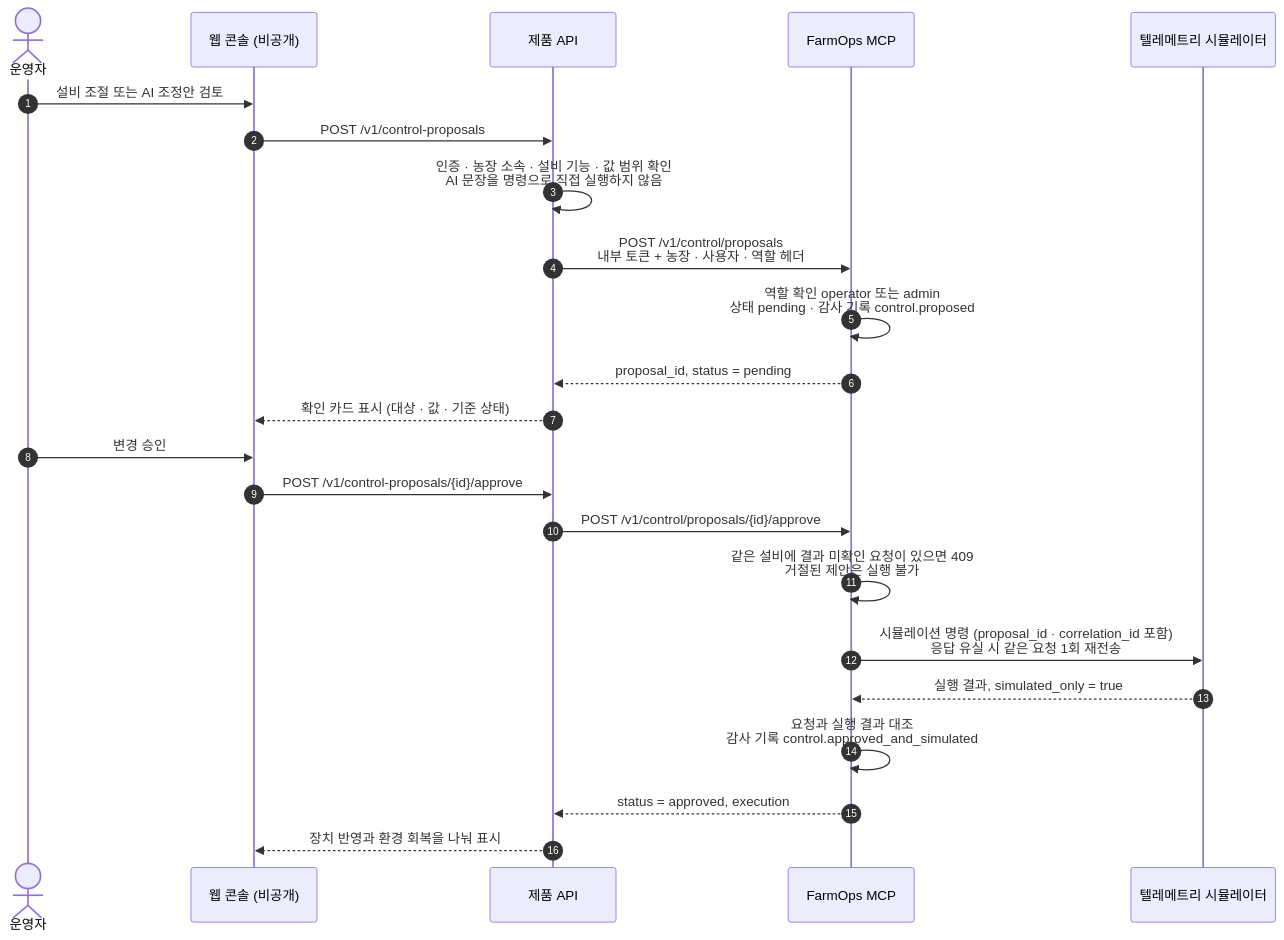
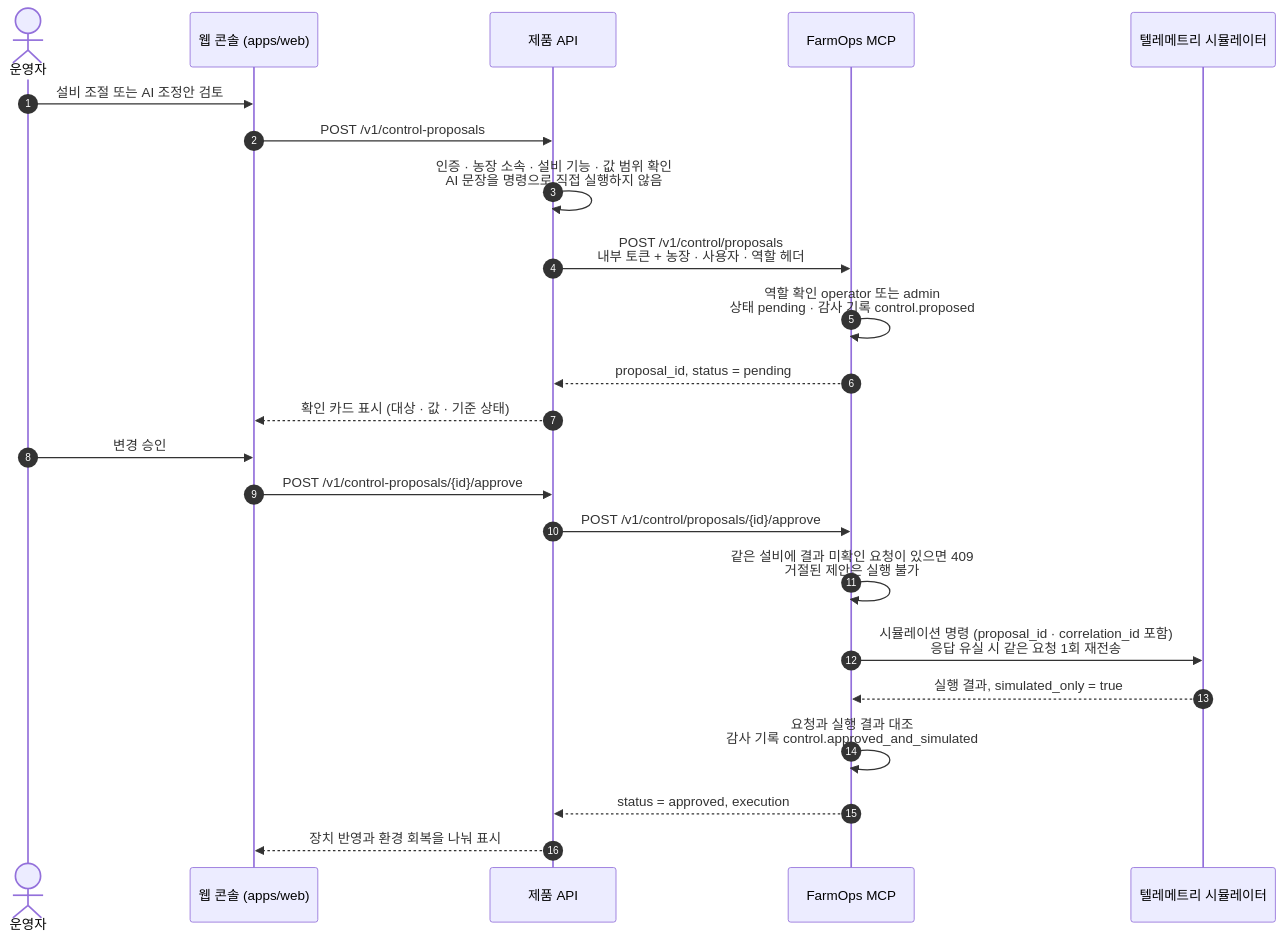
Before and after one commit to NAMUORI00/smartfarm-adaptive-rag: the fourth of 5 diagrams in README.md, drawn with Mermaid. The commit also changed other lines of this file and 11 other files, not shown here.

````diff
--- a/README.md
+++ b/README.md
@@ -165,26 +206,26 @@
 ```mermaid
 sequenceDiagram
     autonumber
     actor Op as 운영자
-    participant Web as 웹 콘솔 (비공개)
+    participant Web as 웹 콘솔 (apps/web)
     participant API as 제품 API
     participant MCP as FarmOps MCP
     participant Tel as 텔레메트리 시뮬레이터
 
     Op->>Web: 설비 조절 또는 AI 조정안 검토
     Web->>API: POST /v1/control-proposals
     API->>API: 인증 · 농장 소속 · 설비 기능 · 값 범위 확인<br/>AI 문장을 명령으로 직접 실행하지 않음
     API->>MCP: POST /v1/control/proposals<br/>내부 토큰 + 농장 · 사용자 · 역할 헤더
     MCP->>MCP: 역할 확인 operator 또는 admin<br/>상태 pending · 감사 기록 control.proposed
     MCP-->>API: proposal_id, status = pending
     API-->>Web: 확인 카드 표시 (대상 · 값 · 기준 상태)
     Op->>Web: 변경 승인
     Web->>API: POST /v1/control-proposals/{id}/approve
     API->>MCP: POST /v1/control/proposals/{id}/approve
     MCP->>MCP: 같은 설비에 결과 미확인 요청이 있으면 409<br/>거절된 제안은 실행 불가
     MCP->>Tel: 시뮬레이션 명령 (proposal_id · correlation_id 포함)<br/>응답 유실 시 같은 요청 1회 재전송
     Tel-->>MCP: 실행 결과, simulated_only = true
     MCP->>MCP: 요청과 실행 결과 대조<br/>감사 기록 control.approved_and_simulated
     MCP-->>API: status = approved, execution
     API-->>Web: 장치 반영과 환경 회복을 나눠 표시
 ```
````
